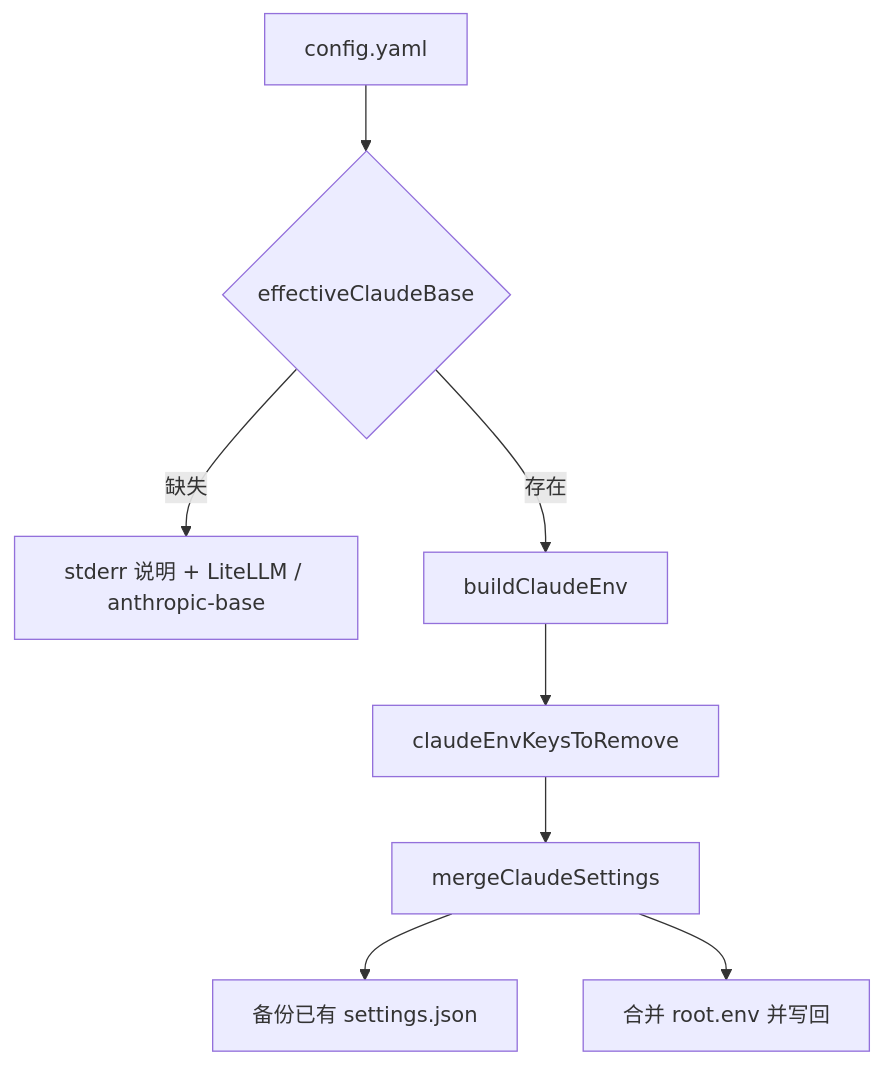
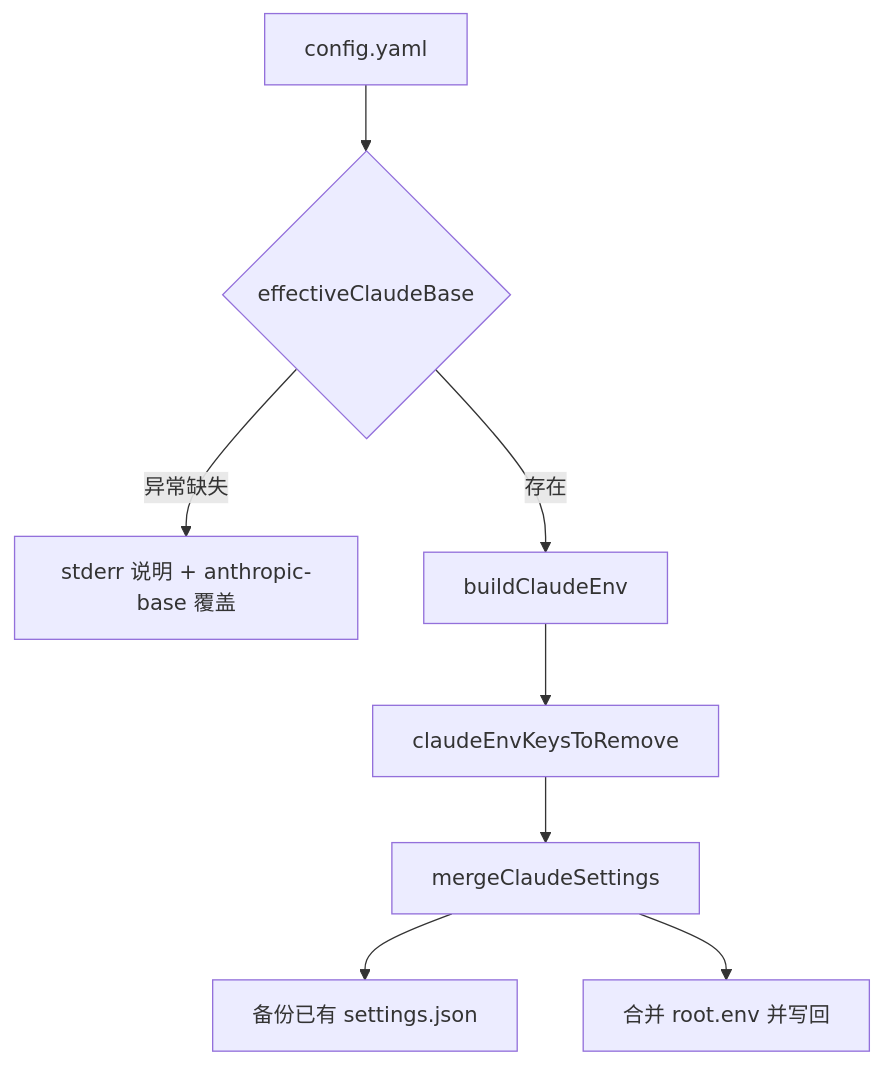
One commit to day253/claude-helper changed the fourth of 4 diagrams in doc/technical-guide-zh.md. Above: the diagram before and after it, drawn with Mermaid. The commit also changed other lines of this file and 7 other files, not shown here.

````diff
--- a/doc/technical-guide-zh.md
+++ b/doc/technical-guide-zh.md
@@ -147,10 +147,10 @@
 ```mermaid
 flowchart TD
   Y[config.yaml] --> EB{effectiveClaudeBase}
-  EB -->|缺失| ERR[stderr 说明 + LiteLLM / anthropic-base]
+  EB -->|异常缺失| ERR[stderr 说明 + anthropic-base 覆盖]
   EB -->|存在| BE[buildClaudeEnv]
   BE --> RM[claudeEnvKeysToRemove]
   RM --> MG[mergeClaudeSettings]
   MG --> BK[备份已有 settings.json]
   MG --> W[合并 root.env 并写回]
 ```
````
